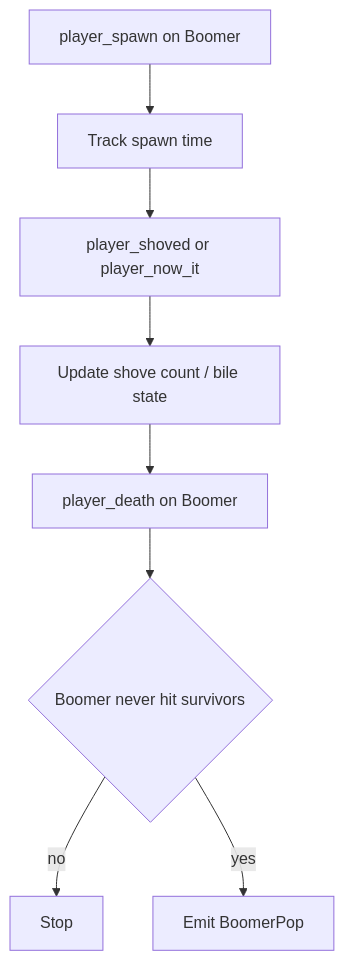
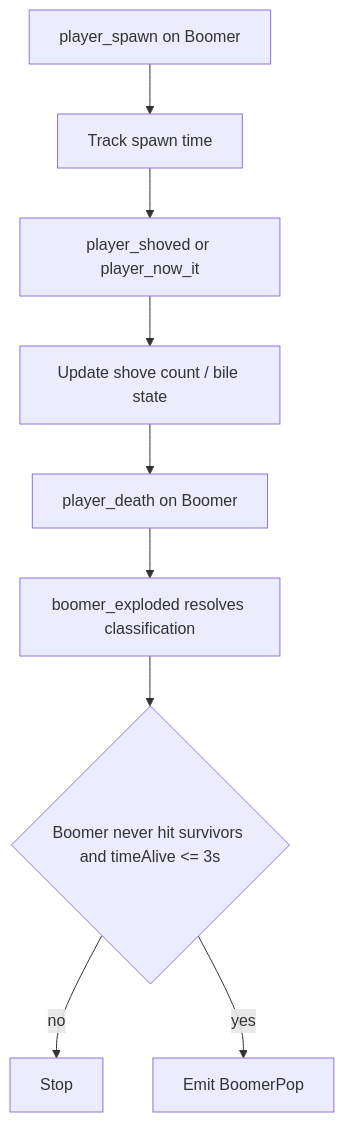
One commit to AoC-Gamers/L4D2-Player-Skills changed the first of 2 diagrams in docs/l4d2-skills-flow-boomer.md. Above: the diagram before and after it, drawn with Mermaid. The commit also changed other lines of this file and 83 other files, not shown here.

````diff
--- a/docs/l4d2-skills-flow-boomer.md
+++ b/docs/l4d2-skills-flow-boomer.md
@@ -41,10 +41,11 @@
 ```mermaid
 flowchart TD
     A[player_spawn on Boomer] --> B[Track spawn time]
     B --> C[player_shoved or player_now_it]
     C --> D[Update shove count / bile state]
     D --> E[player_death on Boomer]
-    E --> F{Boomer never hit survivors}
+    E --> X[boomer_exploded resolves classification]
+    X --> F{Boomer never hit survivors and timeAlive <= 3s}
     F -->|no| G[Stop]
     F -->|yes| H[Emit BoomerPop]
 ```
````
